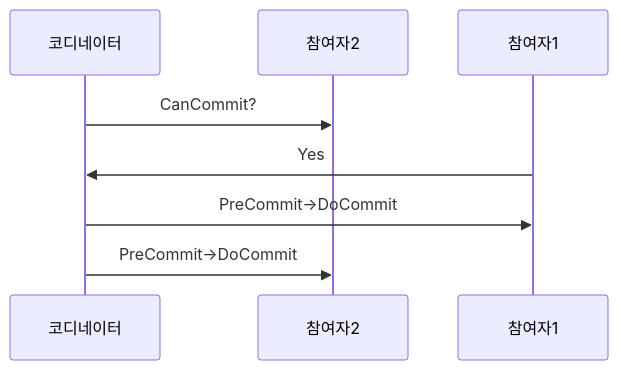
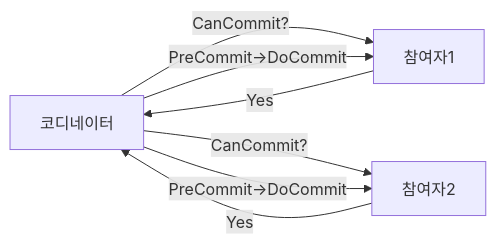
Before and after one commit to yjkim2015/yjkim2015.github.io: the fourth of 14 diagrams in _posts/architecture/2026-05-02-distributed-transaction-deep.md, drawn with Mermaid. The commit also changed other lines of this file and 84 other files, not shown here.

First line of the commit message:
85개 포스트 Mermaid 다이어그램 규칙 일괄 수정

````diff
--- a/_posts/architecture/2026-05-02-distributed-transaction-deep.md
+++ b/_posts/architecture/2026-05-02-distributed-transaction-deep.md
@@ -73,7 +74,9 @@
 ```mermaid
-sequenceDiagram
-    코디네이터->>참여자2: CanCommit?
-    참여자1->>코디네이터: Yes
-    코디네이터->>참여자1: PreCommit→DoCommit
-    코디네이터->>참여자2: PreCommit→DoCommit
+graph LR
+    CO["코디네이터"] -->|"CanCommit?"| P1["참여자1"]
+    CO -->|"CanCommit?"| P2["참여자2"]
+    P1 -->|"Yes"| CO
+    P2 -->|"Yes"| CO
+    CO -->|"PreCommit→DoCommit"| P1
+    CO -->|"PreCommit→DoCommit"| P2
 ```
````
